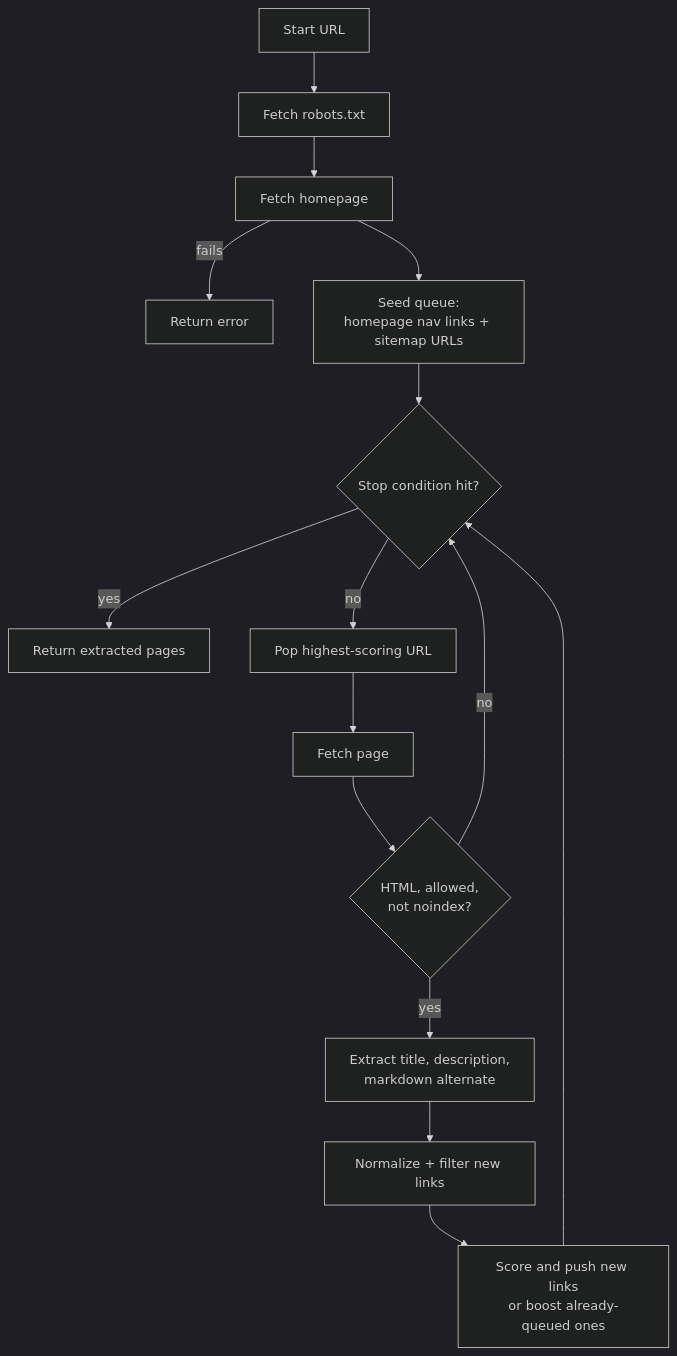
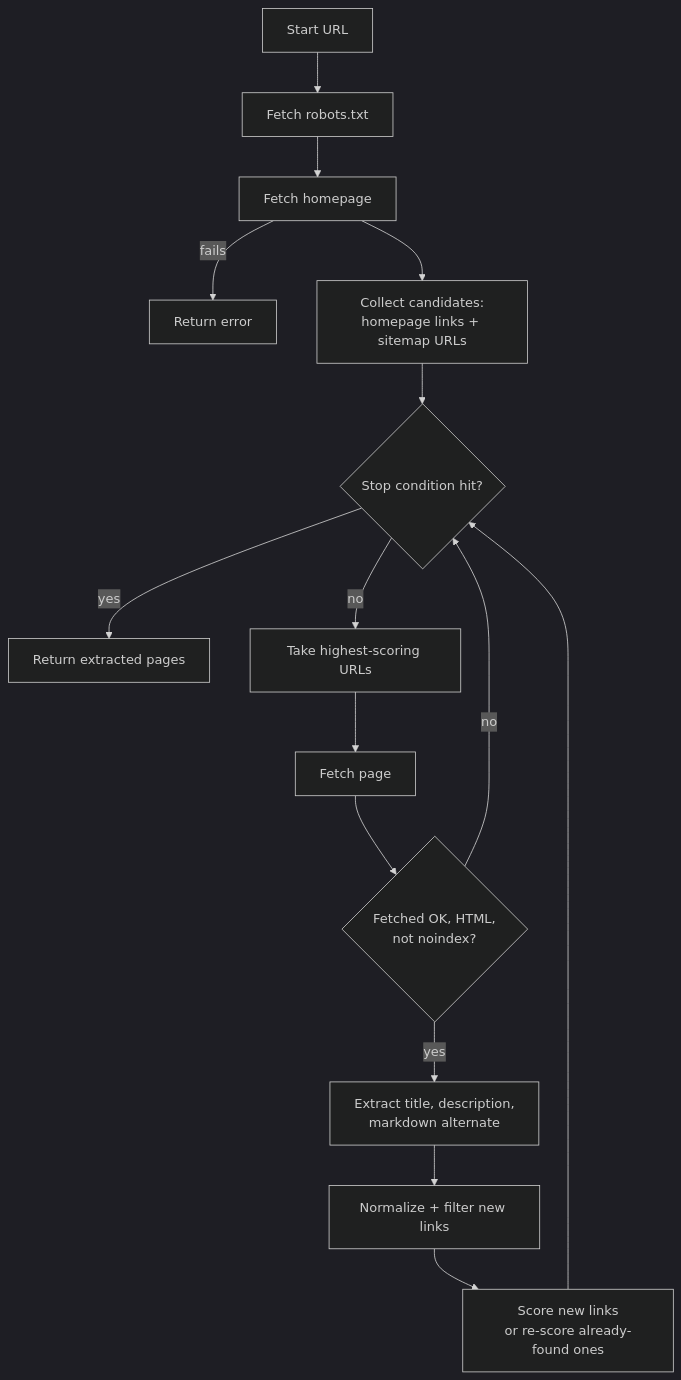
The diagram in docs/crawler.md (nmallekav/llms-txt-nishanth-mallekav), drawn with Mermaid (dark theme) before and after one commit. The commit also changed other lines of this file and 35 other files, not shown here.

````diff
--- a/docs/crawler.md
+++ b/docs/crawler.md
@@ -17,17 +17,17 @@
 ```mermaid
 flowchart TD
     A[Start URL] --> B[Fetch robots.txt]
     B --> C[Fetch homepage]
     C -->|fails| X[Return error]
-    C --> D[Seed queue:<br/>homepage nav links + sitemap URLs]
+    C --> D[Collect candidates:<br/>homepage links + sitemap URLs]
     D --> E{Stop condition hit?}
     E -->|yes| Z[Return extracted pages]
-    E -->|no| F[Pop highest-scoring URL]
+    E -->|no| F[Take highest-scoring URLs]
     F --> I[Fetch page]
-    I --> J{HTML, allowed,<br/>not noindex?}
+    I --> J{Fetched OK, HTML,<br/>not noindex?}
     J -->|no| E
     J -->|yes| K[Extract title, description,<br/>markdown alternate]
     K --> L[Normalize + filter new links]
-    L --> M[Score and push new links<br/>or boost already-queued ones]
+    L --> M[Score new links<br/>or re-score already-found ones]
     M --> E
 ```
````
